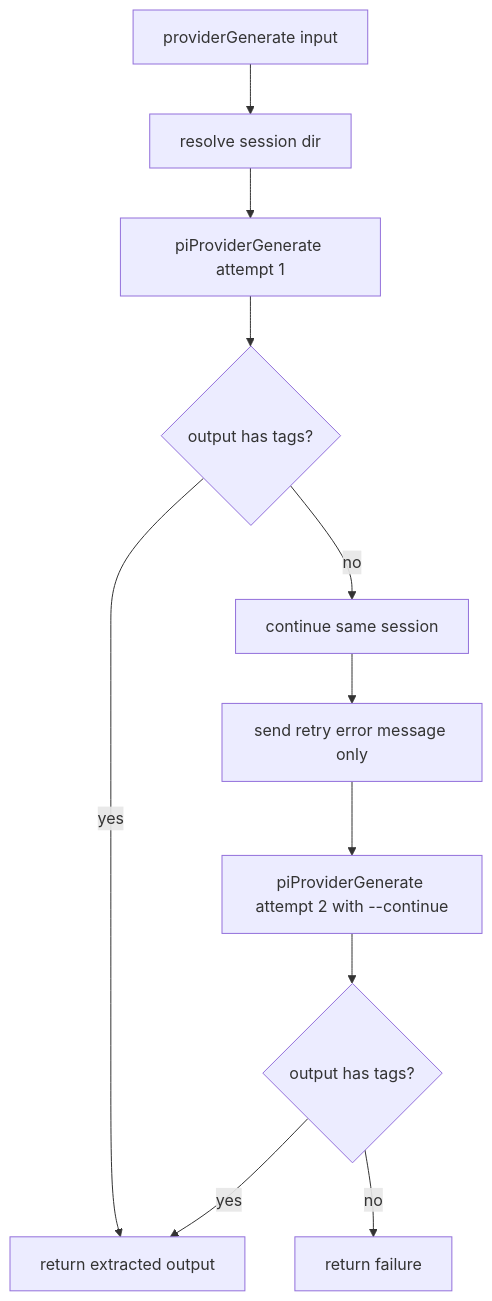
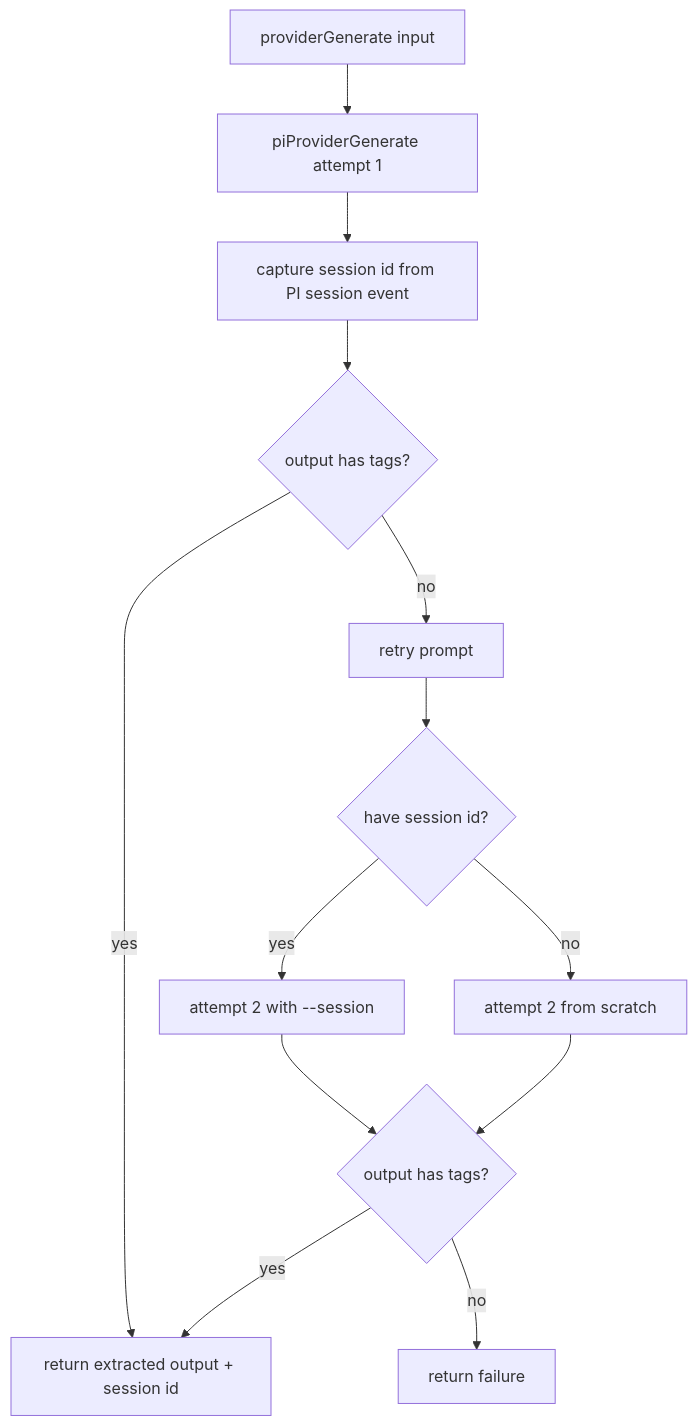
One commit to ex3ndr/holdmybeer changed the diagram in doc/provider-generate.md. Above: the diagram before and after it, drawn with Mermaid. The commit also changed other lines of this file and 48 other files, not shown here.

Commit message:
feat: add pi session flow and workflow progress improvements

````diff
--- a/doc/provider-generate.md
+++ b/doc/provider-generate.md
@@ -7,13 +7,15 @@
 ```mermaid
 flowchart TD
-  A[providerGenerate input] --> B[resolve session dir]
-  B --> C[piProviderGenerate attempt 1]
+  A[providerGenerate input] --> B[piProviderGenerate attempt 1]
+  B --> C[capture session id from PI session event]
   C --> D{output has tags?}
-  D -->|yes| E[return extracted output]
-  D -->|no| F[continue same session]
-  F --> G[send retry error message only]
-  G --> H[piProviderGenerate attempt 2 with --continue]
-  H --> I{output has tags?}
-  I -->|yes| E
-  I -->|no| J[return failure]
+  D -->|yes| E[return extracted output + session id]
+  D -->|no| F[retry prompt]
+  F --> G{have session id?}
+  G -->|yes| H[attempt 2 with --session <id>]
+  G -->|no| I[attempt 2 from scratch]
+  H --> J{output has tags?}
+  I --> J
+  J -->|yes| E
+  J -->|no| K[return failure]
 ```
````
